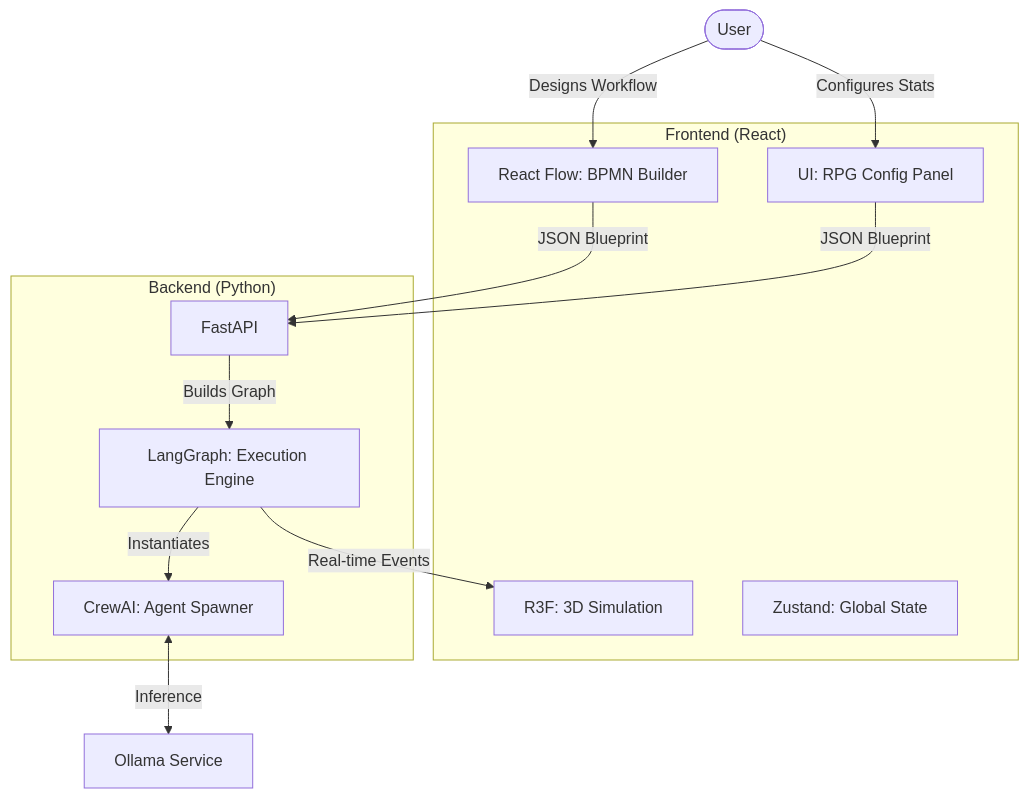
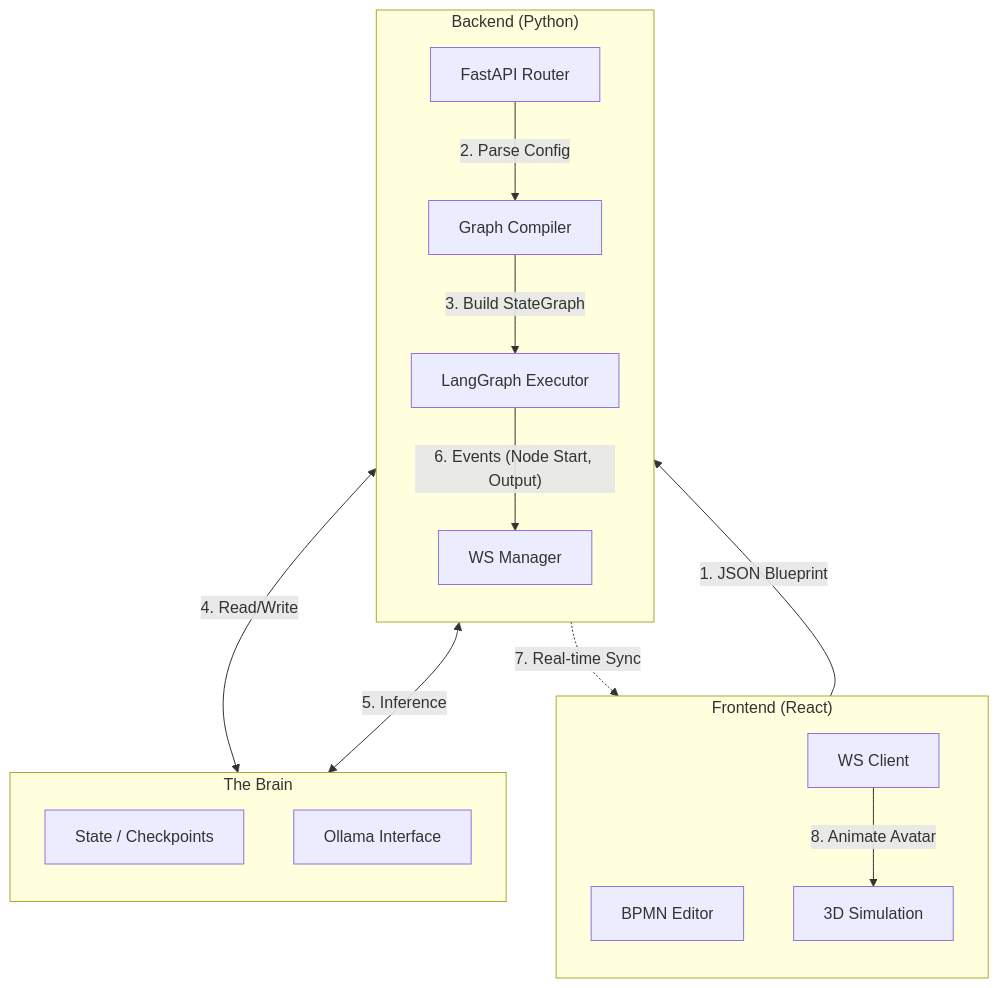
One commit to Tlahey/NexusHQ changed the diagram in ARCHITECTURE.md. Above: the diagram before and after it, drawn with Mermaid. The commit also changed other lines of this file, not shown here.

First line of the commit message:
Update NexusHQ architecture documentation

````diff
--- a/ARCHITECTURE.md
+++ b/ARCHITECTURE.md
@@ -13,26 +13,37 @@
 ```mermaid
-graph TD
-    subgraph "Frontend (React)"
-        Editor[React Flow: BPMN Builder]
-        Inspector[UI: RPG Config Panel]
-        Visualizer[R3F: 3D Simulation]
-        Store[Zustand: Global State]
+flowchart TD
+    %% Zones
+    subgraph Client ["Frontend (React)"]
+        direction TB
+        Builder[BPMN Editor]
+        Sim[3D Simulation]
+        SocketClient[WS Client]
     end
 
-    subgraph "Backend (Python)"
-        API[FastAPI]
-        GraphEngine[LangGraph: Execution Engine]
-        AgentFactory[CrewAI: Agent Spawner]
+    subgraph Server ["Backend (Python)"]
+        direction TB
+        API[FastAPI Router]
+        Compiler[Graph Compiler]
+        Engine[LangGraph Executor]
+        SocketServer[WS Manager]
     end
 
-    User([User]) -->|Designs Workflow| Editor
-    User -->|Configures Stats| Inspector
+    subgraph Logic ["The Brain"]
+        direction TB
+        Memory[State / Checkpoints]
+        LLM[Ollama Interface]
+    end
+
+    %% Flow
+    Builder -->|1. JSON Blueprint| API
+    API -->|2. Parse Config| Compiler
+    Compiler -->|3. Build StateGraph| Engine
     
-    Editor & Inspector -->|JSON Blueprint| API
+    Engine <-->|4. Read/Write| Memory
+    Engine <-->|5. Inference| LLM
     
-    API -->|Builds Graph| GraphEngine
-    GraphEngine -->|Instantiates| AgentFactory
-    AgentFactory <-->|Inference| Ollama[Ollama Service]
-    
-    GraphEngine -->|Real-time Events| Visualizer
+    Engine --"6. Events (Node Start, Output)"--> SocketServer
+    SocketServer -.->|7. Real-time Sync| SocketClient
+    SocketClient -->|8. Animate Avatar| Sim
+
 ```
````
